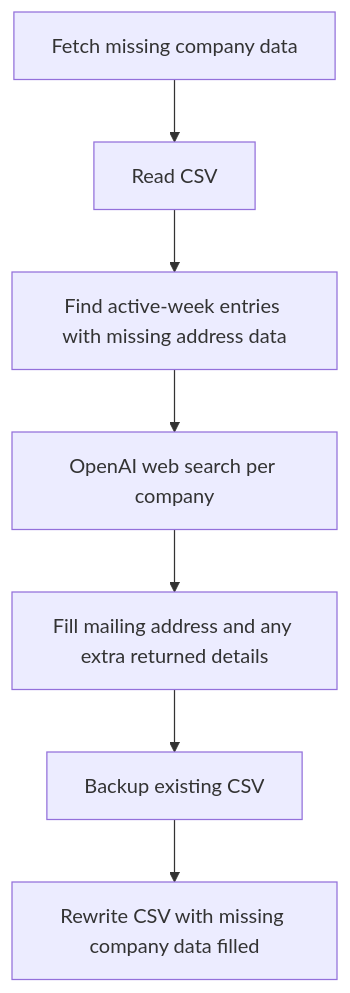
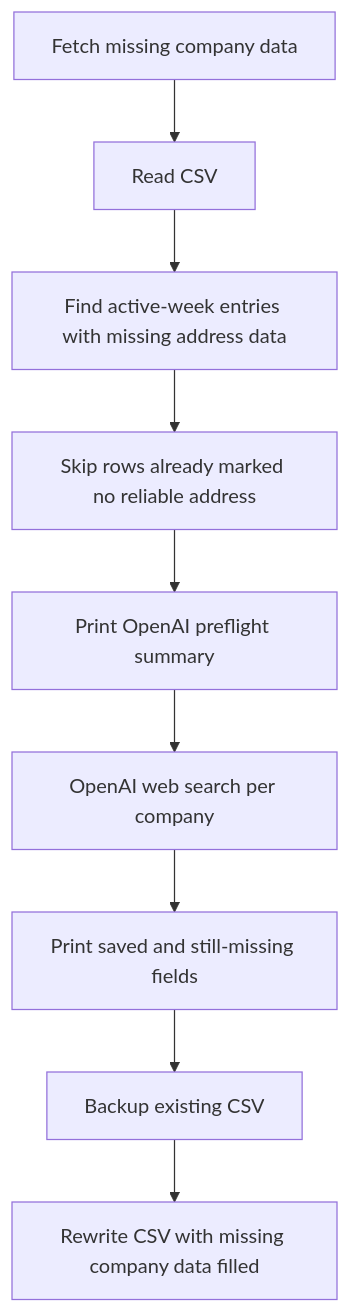
The sixth of 6 diagrams in README.md (idahotallpaul/work-search-reporter), drawn with Mermaid before and after one commit. The commit also changed other lines of this file and 13 other files, not shown here.

First line of the commit message:
Reduce OpenAI usage and improve CSV retesting

````diff
--- a/README.md
+++ b/README.md
@@ -228,9 +245,11 @@
 ```mermaid
 flowchart TD
   A["Fetch missing company data"] --> B["Read CSV"]
   B --> C["Find active-week entries with missing address data"]
-  C --> D["OpenAI web search per company"]
-  D --> E["Fill mailing address and any extra returned details"]
-  E --> F["Backup existing CSV"]
-  F --> G["Rewrite CSV with missing company data filled"]
+  C --> D["Skip rows already marked no reliable address"]
+  D --> E["Print OpenAI preflight summary"]
+  E --> F["OpenAI web search per company"]
+  F --> G["Print saved and still-missing fields"]
+  G --> H["Backup existing CSV"]
+  H --> I["Rewrite CSV with missing company data filled"]
 ```
````
